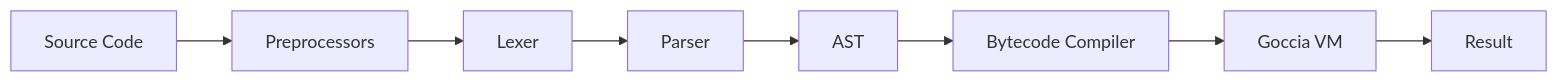
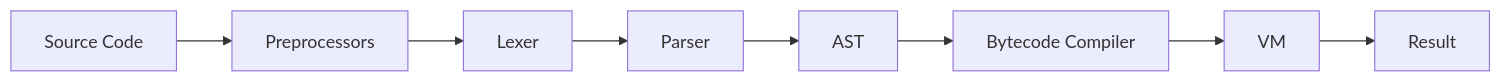
One commit to frostney/GocciaScript changed the diagram in README.md. Above: the diagram before and after it, drawn with Mermaid. The commit also changed other lines of this file and 761 other files, not shown here.

First line of the commit message:
feat!: run every GocciaScript application on the new engine, and delete the old interpreter, compiler and VM (#2187)

````diff
--- a/README.md
+++ b/README.md
@@ -554,5 +549,5 @@
 ```mermaid
 flowchart LR
     Source["Source Code"] --> Preprocessors["Preprocessors"] --> Lexer --> Parser --> AST
-    AST --> Compiler["Bytecode Compiler"] --> VM["Goccia VM"] --> Result["Result"]
+    AST --> Compiler["Bytecode Compiler"] --> VM["VM"] --> Result["Result"]
 ```
````
